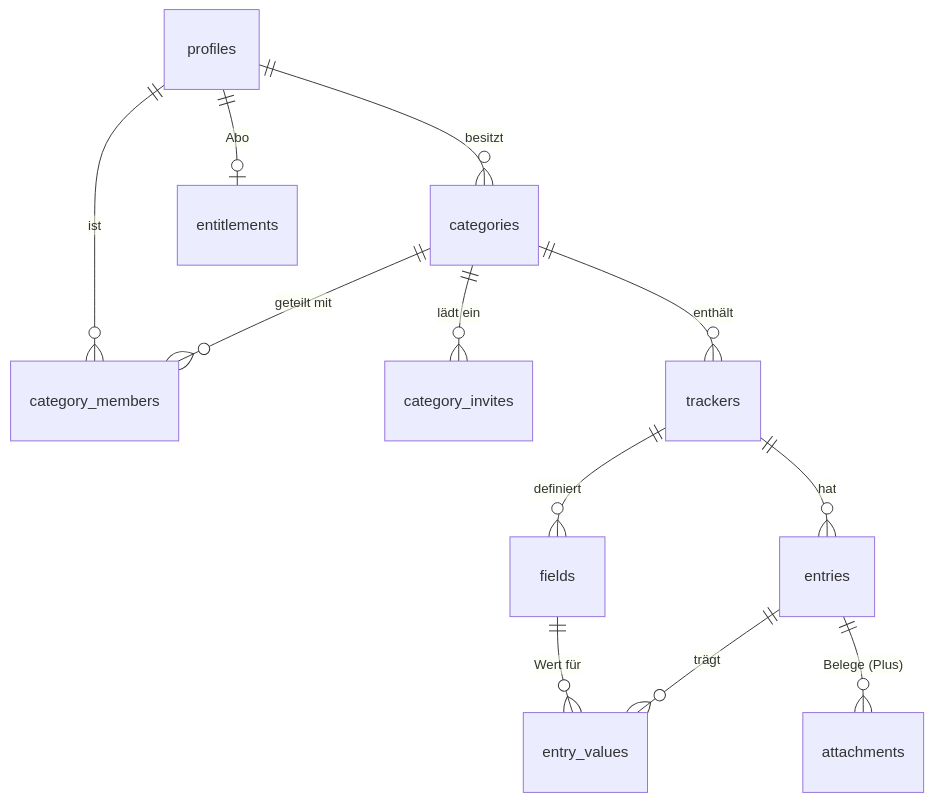
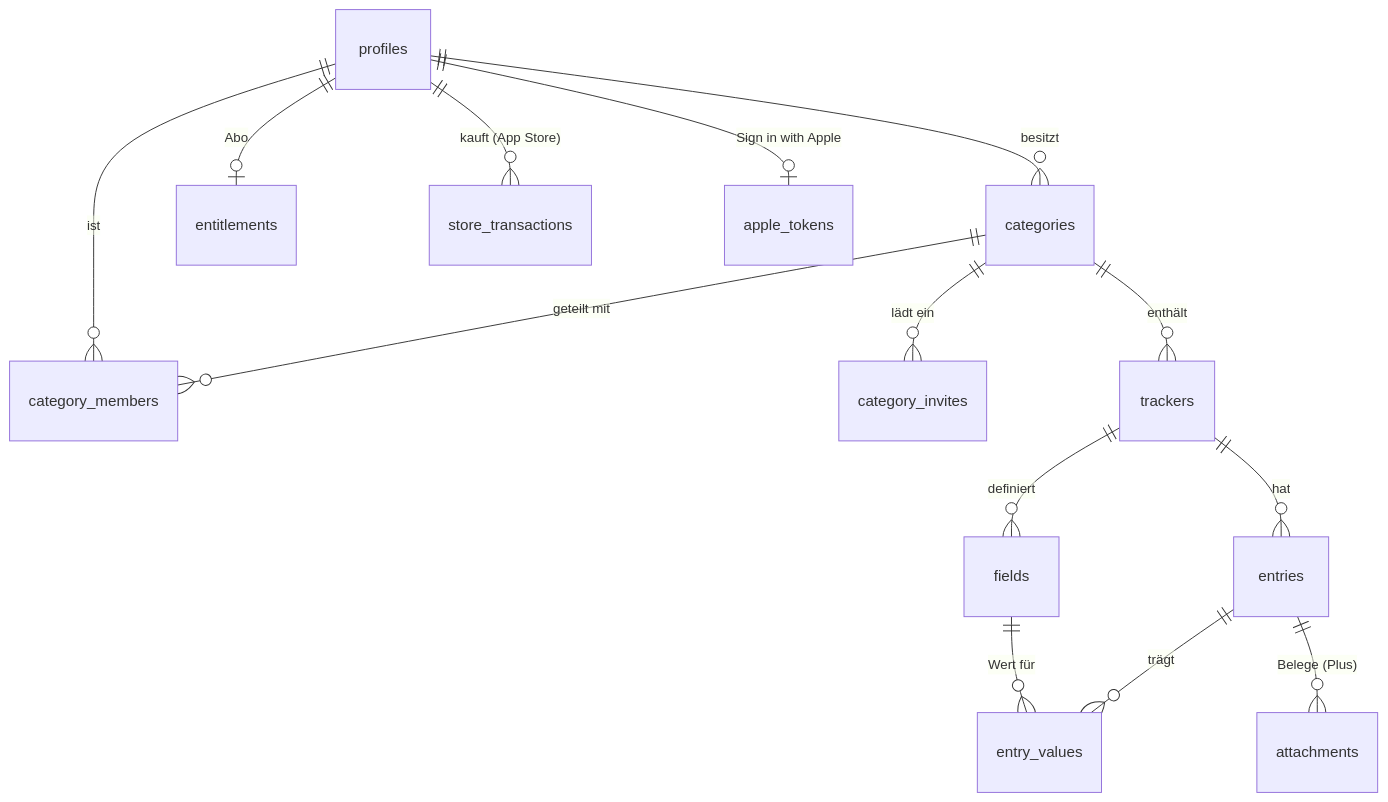
One commit to eloayoubi/individuelle-daten-historie changed the diagram in supabase/README.md. Above: the diagram before and after it, drawn with Mermaid. The commit also changed other lines of this file and 3 other files, not shown here.

````diff
--- a/supabase/README.md
+++ b/supabase/README.md
@@ -17,14 +19,16 @@
 ```mermaid
 erDiagram
   profiles ||--o{ categories : besitzt
   categories ||--o{ category_members : "geteilt mit"
   profiles ||--o{ category_members : ist
   categories ||--o{ category_invites : "lädt ein"
   categories ||--o{ trackers : enthält
   trackers ||--o{ fields : definiert
   trackers ||--o{ entries : hat
   entries ||--o{ entry_values : trägt
   fields ||--o{ entry_values : "Wert für"
   entries ||--o{ attachments : "Belege (Plus)"
   profiles ||--o| entitlements : "Abo"
+  profiles ||--o{ store_transactions : "kauft (App Store)"
+  profiles ||--o| apple_tokens : "Sign in with Apple"
 ```
````
